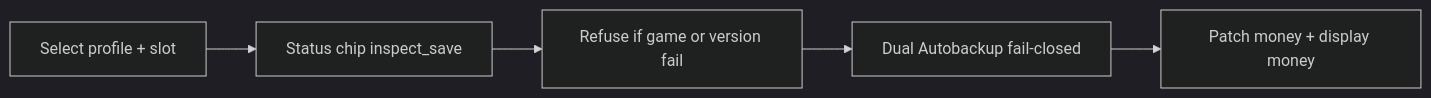
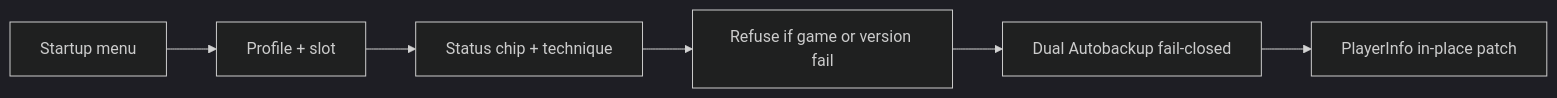
Before and after one commit to Metaheurist/4bucks: the diagram in docs/architecture.md, drawn with Mermaid (dark theme). The commit also changed other lines of this file and 18 other files, not shown here.

````diff
--- a/docs/architecture.md
+++ b/docs/architecture.md
@@ -16,9 +19,10 @@
 ```mermaid
 flowchart LR
-  select[Select profile + slot]
-  chip[Status chip inspect_save]
+  menu[Startup menu]
+  select[Profile + slot]
+  chip[Status chip + technique]
   gate[Refuse if game or version fail]
   bak[Dual Autobackup fail-closed]
-  patch[Patch money + display money]
-  select --> chip --> gate --> bak --> patch
+  patch[PlayerInfo in-place patch]
+  menu --> select --> chip --> gate --> bak --> patch
 ```
````
